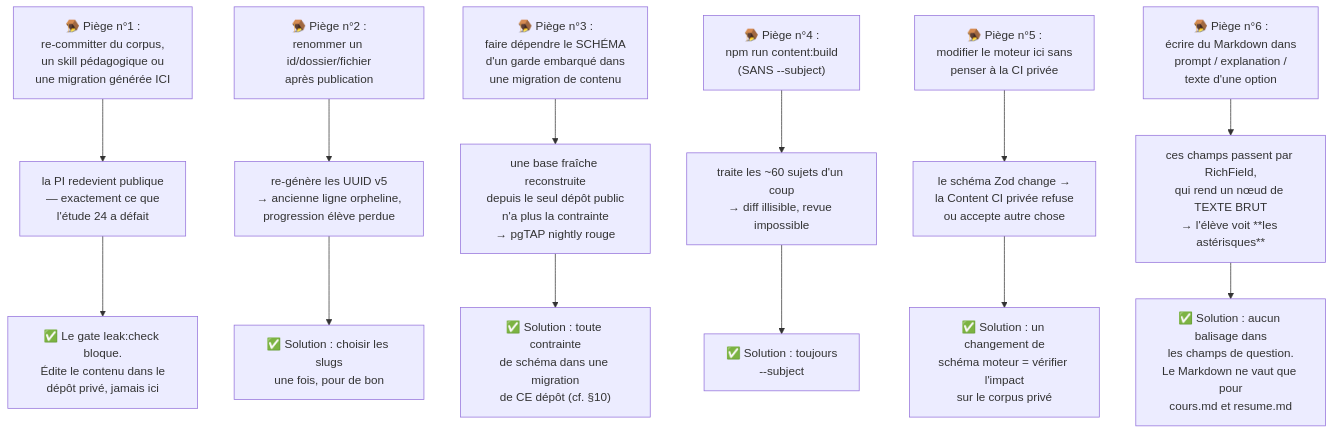
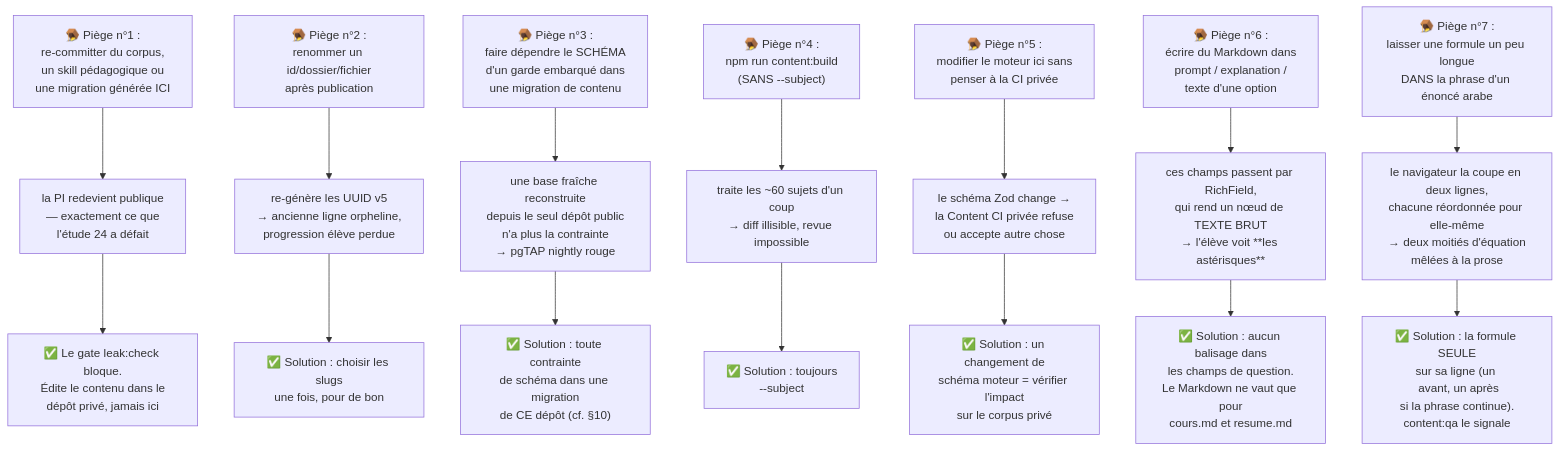
One commit to MBeji/yahia-quest-arena changed the tenth of 10 diagrams in docs/content-generation-pipeline.md. Above: the diagram before and after it, drawn with Mermaid. The commit also changed other lines of this file and 8 other files, not shown here.

````diff
--- a/docs/content-generation-pipeline.md
+++ b/docs/content-generation-pipeline.md
@@ -694,20 +694,23 @@
 ```mermaid
 flowchart TD
     T1["🪤 Piège n°1 :\nre-committer du corpus,\nun skill pédagogique ou\nune migration générée ICI"] --> C1["la PI redevient publique\n— exactement ce que\nl'étude 24 a défait"]
     C1 --> S1["✅ Le gate leak:check bloque.\nÉdite le contenu dans le\ndépôt privé, jamais ici"]
 
     T2["🪤 Piège n°2 :\nrenommer un id/dossier/fichier\naprès publication"] --> C2["re-génère les UUID v5\n→ ancienne ligne orpheline,\nprogression élève perdue"]
     C2 --> S2["✅ Solution : choisir les slugs\nune fois, pour de bon"]
 
     T3["🪤 Piège n°3 :\nfaire dépendre le SCHÉMA\nd'un garde embarqué dans\nune migration de contenu"] --> C3["une base fraîche reconstruite\ndepuis le seul dépôt public\nn'a plus la contrainte\n→ pgTAP nightly rouge"]
     C3 --> S3["✅ Solution : toute contrainte\nde schéma dans une migration\nde CE dépôt (cf. §10)"]
 
     T4["🪤 Piège n°4 :\nnpm run content:build\n(SANS --subject)"] --> C4["traite les ~60 sujets d'un coup\n→ diff illisible, revue impossible"]
     C4 --> S4["✅ Solution : toujours\n--subject <id>"]
 
     T5["🪤 Piège n°5 :\nmodifier le moteur ici sans\npenser à la CI privée"] --> C5["le schéma Zod change →\nla Content CI privée refuse\nou accepte autre chose"]
     C5 --> S5["✅ Solution : un changement de\nschéma moteur = vérifier l'impact\nsur le corpus privé"]
 
     T6["🪤 Piège n°6 :\nécrire du Markdown dans\nprompt / explanation /\ntexte d'une option"] --> C6["ces champs passent par RichField,\nqui rend un nœud de TEXTE BRUT\n→ l'élève voit **les astérisques**"]
     C6 --> S6["✅ Solution : aucun balisage dans\nles champs de question.\nLe Markdown ne vaut que pour\ncours.md et resume.md"]
+
+    T7["🪤 Piège n°7 :\nlaisser une formule un peu longue\nDANS la phrase d'un énoncé arabe"] --> C7["le navigateur la coupe en deux lignes,\nchacune réordonnée pour elle-même\n→ deux moitiés d'équation\nmêlées à la prose"]
+    C7 --> S7["✅ Solution : la formule SEULE\nsur sa ligne (un \n avant, un après\nsi la phrase continue).\ncontent:qa le signale"]
 ```
````
